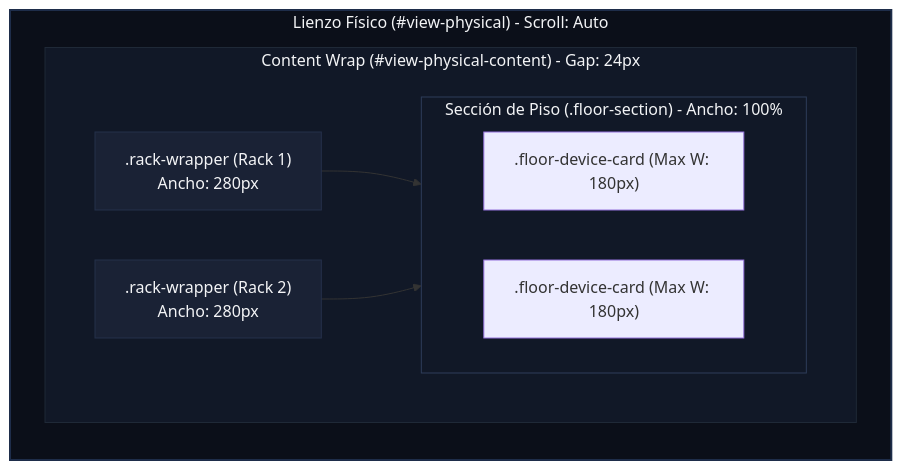
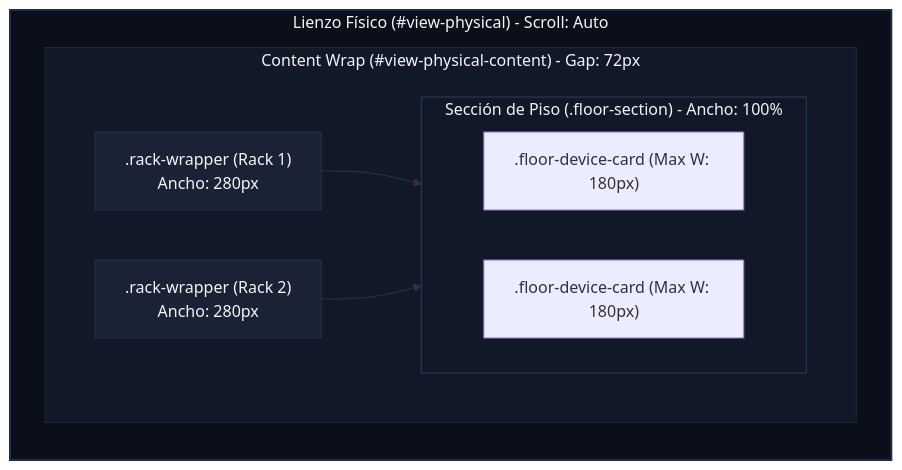
Before and after one commit to cnodfcuellar/Rack_Designer_2: the diagram in DOC/doc_md/medidas_lienzo_fisico.md, drawn with Mermaid. The commit also changed other lines of this file and 39 other files, not shown here.

Commit message:
chore: Actualización de roadmap de exportación y nuevos accesorios en catálogo

````diff
--- a/DOC/doc_md/medidas_lienzo_fisico.md
+++ b/DOC/doc_md/medidas_lienzo_fisico.md
@@ -93,26 +124,26 @@
 ```mermaid
 graph TD
     subgraph Workspace ["Lienzo Físico (#view-physical) - Scroll: Auto"]
         direction TB
-        subgraph Content ["Content Wrap (#view-physical-content) - Gap: 24px"]
+        subgraph Content ["Content Wrap (#view-physical-content) - Gap: 72px"]
             direction LR
             Rack1[".rack-wrapper (Rack 1)<br/>Ancho: 280px"]
             Rack2[".rack-wrapper (Rack 2)<br/>Ancho: 280px"]
             
             subgraph Floor ["Sección de Piso (.floor-section) - Ancho: 100%"]
                 direction LR
                 F1[".floor-device-card (Max W: 180px)"]
                 F2[".floor-device-card (Max W: 180px)"]
             end
         end
     end
 
     Rack1 --> Floor
     Rack2 --> Floor
     
     style Workspace fill:#0b0f19,stroke:#1e2d4a,stroke-width:2px,color:#f3f4f6
     style Content fill:#111827,stroke:#1f2937,stroke-width:1px,color:#f3f4f6
     style Rack1 fill:#1a2235,stroke:#25304b,stroke-width:1px,color:#f3f4f6
     style Rack2 fill:#1a2235,stroke:#25304b,stroke-width:1px,color:#f3f4f6
     style Floor fill:#111827,stroke:#2e3d5a,stroke-width:1px,color:#f3f4f6
 ```
````
